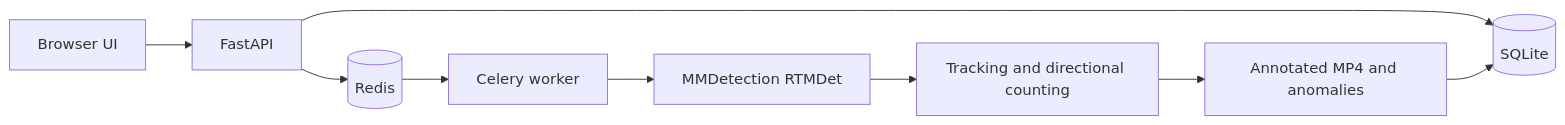
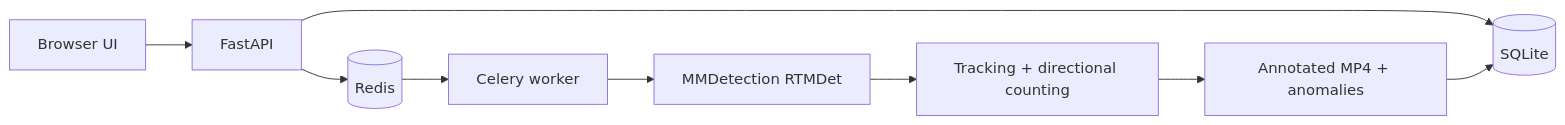
Before and after one commit to antony502189-max/Model-MP4: the diagram in README.md, drawn with Mermaid. The commit also changed other lines of this file, not shown here.

````diff
--- a/README.md
+++ b/README.md
@@ -36,11 +74,11 @@
 ```mermaid
 flowchart LR
     UI[Browser UI] --> API[FastAPI]
     API --> DB[(SQLite)]
     API --> Q[(Redis)]
     Q --> W[Celery worker]
     W --> D[MMDetection RTMDet]
-    D --> T[Tracking and directional counting]
-    T --> R[Annotated MP4 and anomalies]
+    D --> T[Tracking + directional counting]
+    T --> R[Annotated MP4 + anomalies]
     R --> DB
 ```
````
